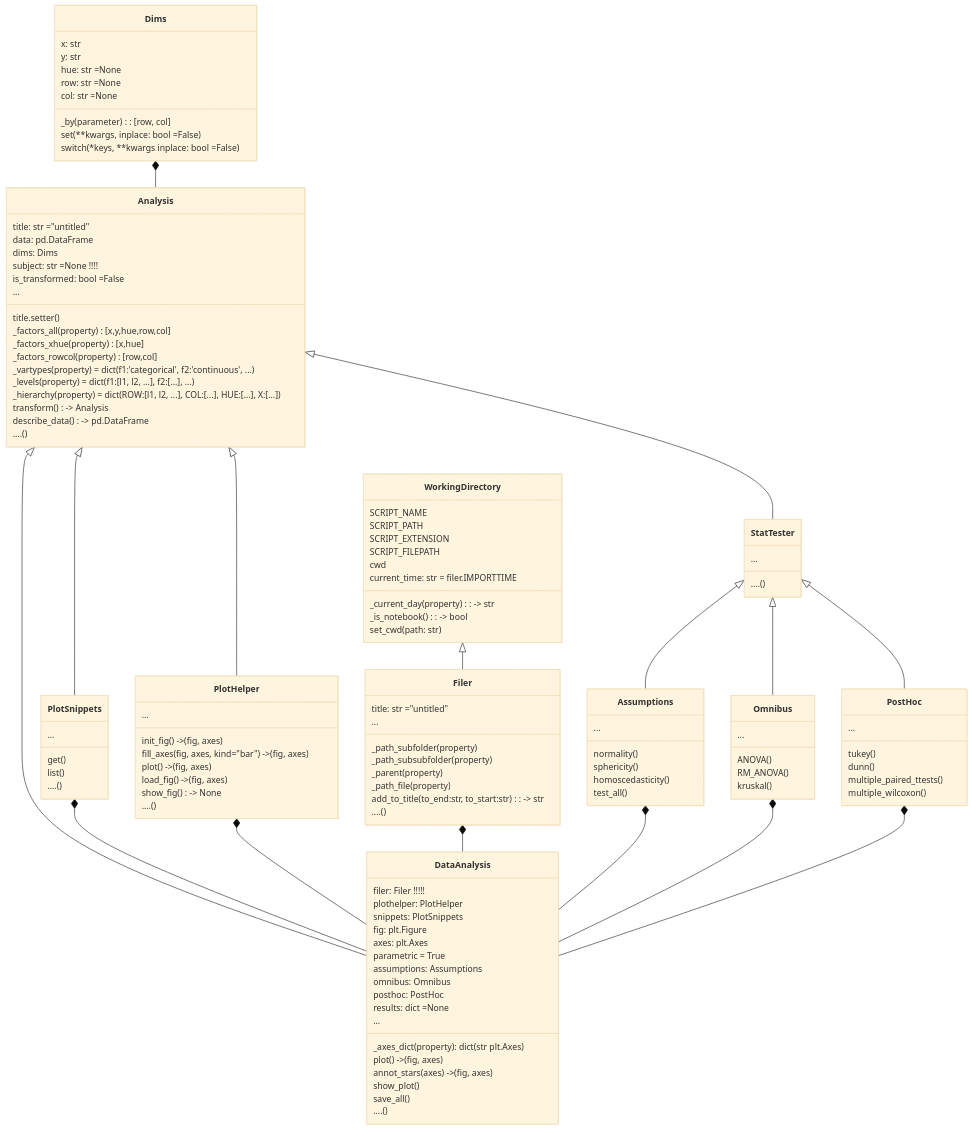
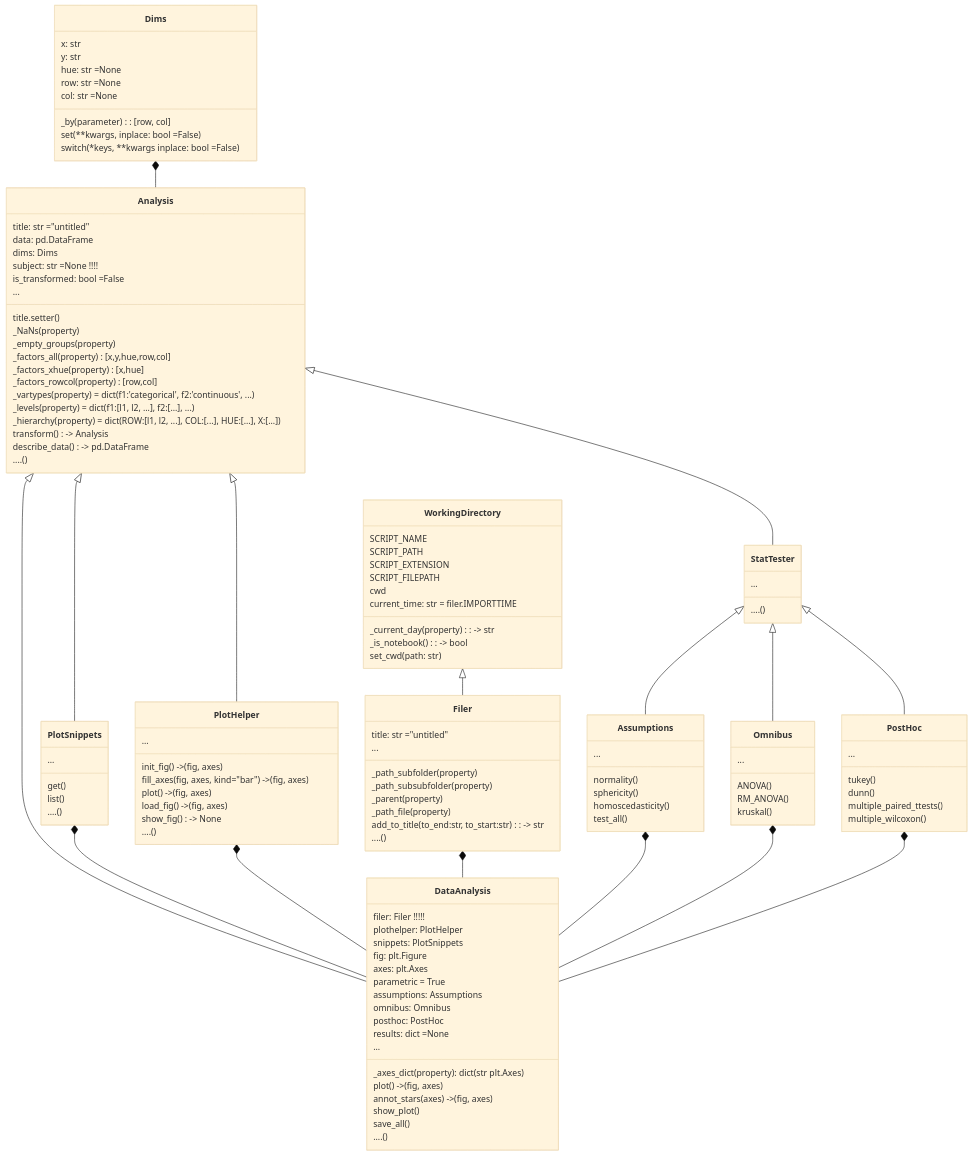
One commit to markur4/plotastic changed the diagram in README.md. Above: the diagram before and after it, drawn with Mermaid (base theme). The commit also changed 2 other files, not shown here.

Commit message:
changes to analysis

```diff
--- a/README.md
+++ b/README.md
@@ -182,6 +182,8 @@
       is_transformed: bool =False
       ...
       title.setter()
+      _NaNs(property) 
+      _empty_groups(property)
       _factors_all(property) [x,y,hue,row,col]
       _factors_xhue(property) [x,hue]
       _factors_rowcol(property) [row,col]
```
